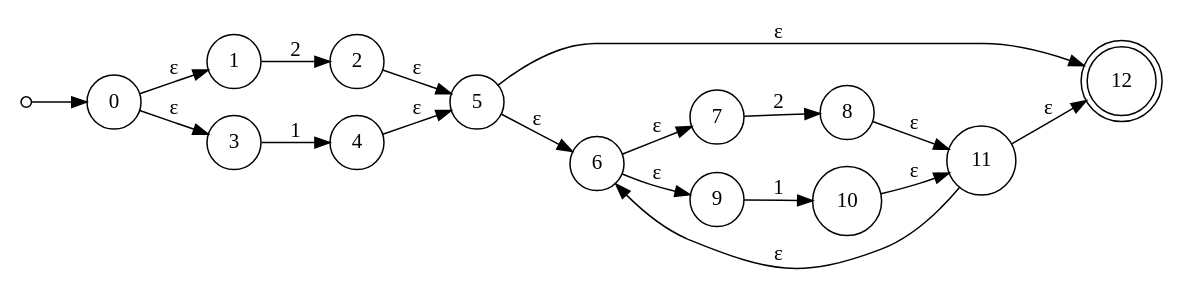
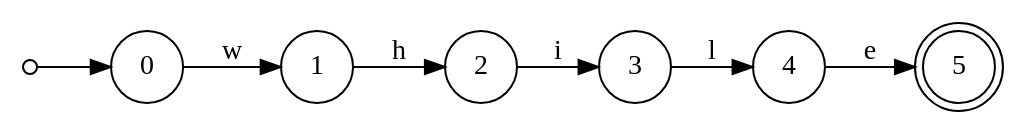
The diagram in nfa2.gv (EstebanAG1005/LaboratorioC-Lenguajes), drawn with Graphviz before and after one commit. The commit also changed 17 other files, not shown here.

```diff
--- a/nfa2.gv
+++ b/nfa2.gv
@@ -1,24 +1,13 @@
 digraph {
 	rankdir=LR size="8,5"
 	node [shape=doublecircle]
-	12
+	5
 	node [shape=circle]
 	start [label="" height=0.1 width=0.1]
 	start -> 0 [label=""]
-	0 -> 1 [label="ε"]
-	0 -> 3 [label="ε"]
-	1 -> 2 [label=2]
-	3 -> 4 [label=1]
-	2 -> 5 [label="ε"]
-	4 -> 5 [label="ε"]
-	5 -> 6 [label="ε"]
-	5 -> 12 [label="ε"]
-	6 -> 7 [label="ε"]
-	6 -> 9 [label="ε"]
-	7 -> 8 [label=2]
-	9 -> 10 [label=1]
-	8 -> 11 [label="ε"]
-	10 -> 11 [label="ε"]
-	11 -> 6 [label="ε"]
-	11 -> 12 [label="ε"]
+	0 -> 1 [label=w]
+	1 -> 2 [label=h]
+	2 -> 3 [label=i]
+	3 -> 4 [label=l]
+	4 -> 5 [label=e]
 }
```
